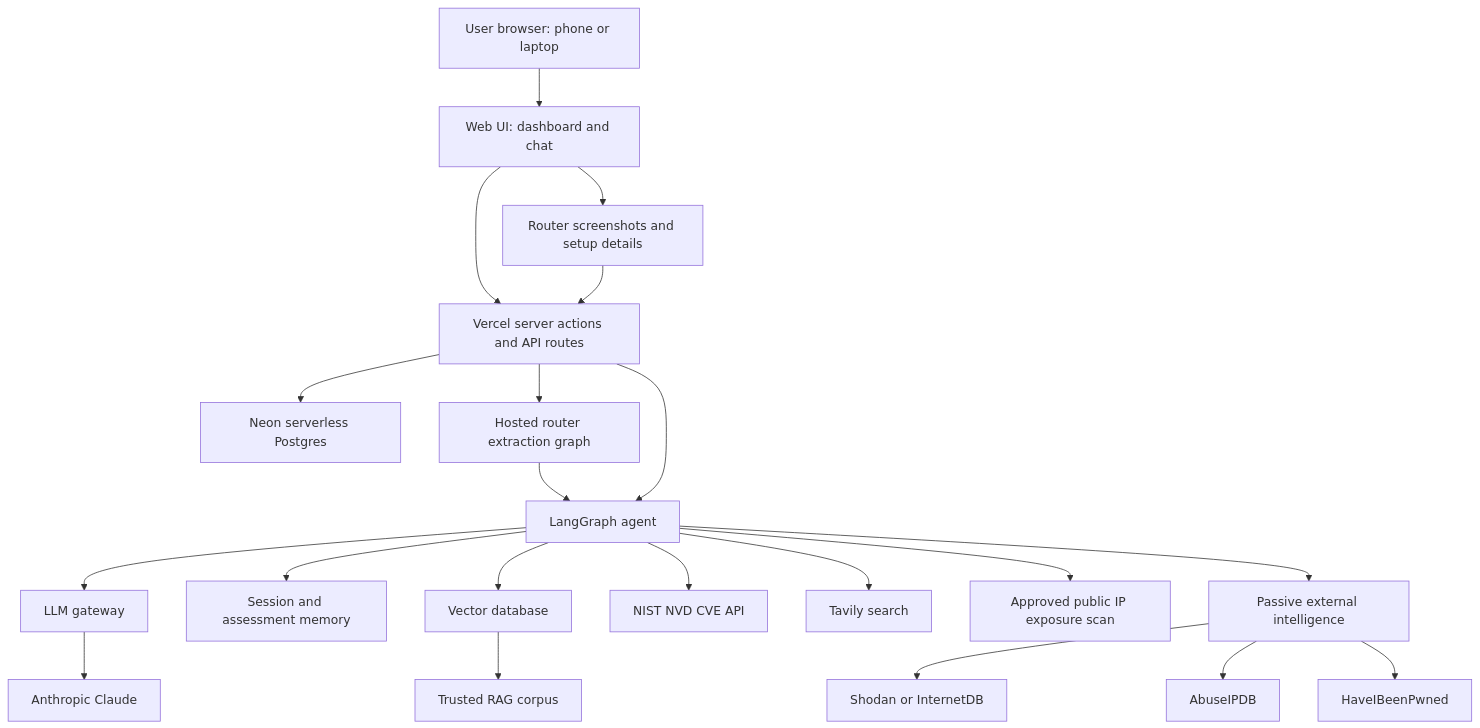
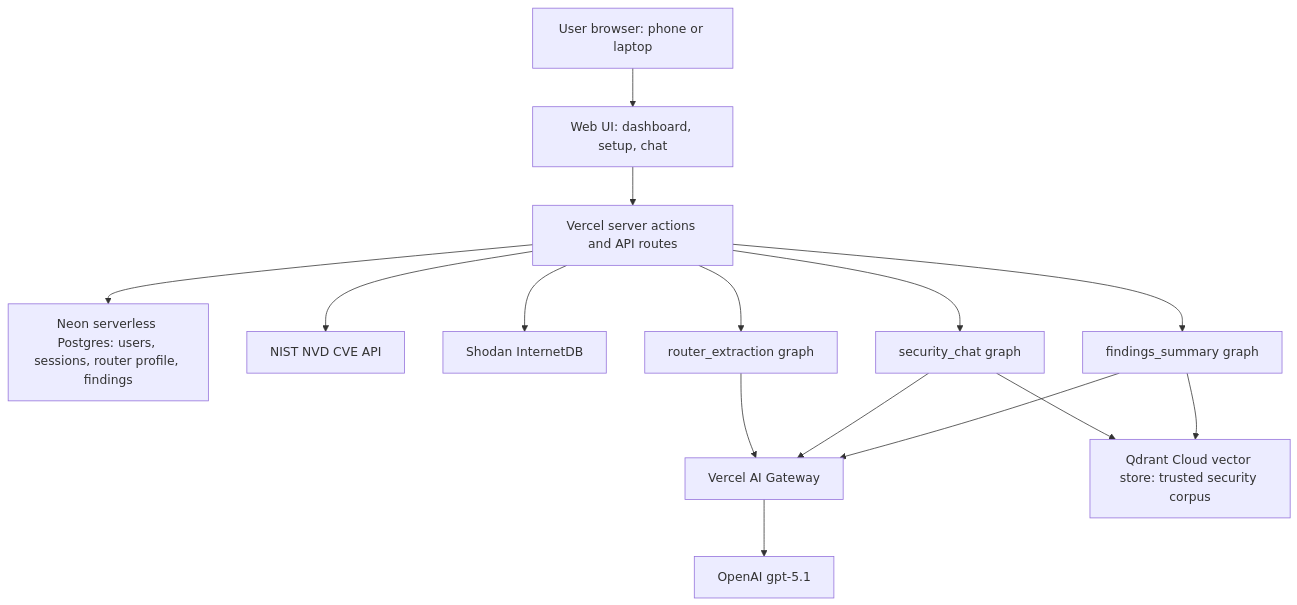
Before and after one commit to krmurphy2/GridWatch: the first of 2 diagrams in docs/architecture.md, drawn with Mermaid. The commit also changed other lines of this file and 3 other files, not shown here.

First line of the commit message:
docs: current-state architecture diagrams + committed roadmap

````diff
--- a/docs/architecture.md
+++ b/docs/architecture.md
@@ -28,43 +28,30 @@
 ```mermaid
 flowchart TD
     User[User browser: phone or laptop]
-    UI[Web UI: dashboard and chat]
-    Upload[Router screenshots and setup details]
+    UI[Web UI: dashboard, setup, chat]
     API[Vercel server actions and API routes]
-    DB[Neon serverless Postgres]
-    Extract[Hosted router extraction graph]
-    Agent[LangGraph agent]
-    Gateway[LLM gateway]
-    LLM[Anthropic Claude]
-    Memory[Session and assessment memory]
-    VectorDB[Vector database]
-    Docs[Trusted RAG corpus]
+    DB[Neon serverless Postgres: users, sessions, router profile, findings]
     NVD[NIST NVD CVE API]
-    Tavily[Tavily search]
-    ExposureScan[Approved public IP exposure scan]
-    PassiveIntel[Passive external intelligence]
-    Shodan[Shodan or InternetDB]
-    Abuse[AbuseIPDB]
-    HIBP[HaveIBeenPwned]
+    InternetDB[Shodan InternetDB]
+    Extract[router_extraction graph]
+    Chat[security_chat graph]
+    Summary[findings_summary graph]
+    Gateway[Vercel AI Gateway]
+    LLM[OpenAI gpt-5.1]
+    Qdrant[Qdrant Cloud vector store: trusted security corpus]
 
     User --> UI
-    UI --> Upload
     UI --> API
-    Upload --> API
     API --> DB
+    API --> NVD
+    API --> InternetDB
     API --> Extract
-    Extract --> Agent
-    API --> Agent
-    Agent --> Gateway
+    API --> Chat
+    API --> Summary
+    Extract --> Gateway
+    Chat --> Gateway
+    Summary --> Gateway
     Gateway --> LLM
-    Agent --> Memory
-    Agent --> VectorDB
-    VectorDB --> Docs
-    Agent --> NVD
-    Agent --> Tavily
-    Agent --> ExposureScan
-    Agent --> PassiveIntel
-    PassiveIntel --> Shodan
-    PassiveIntel --> Abuse
-    PassiveIntel --> HIBP
+    Chat --> Qdrant
+    Summary --> Qdrant
 ```
````
